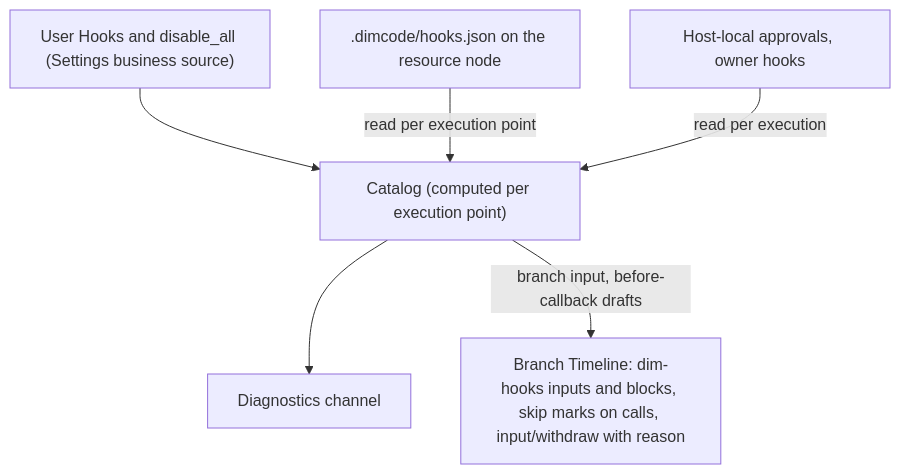
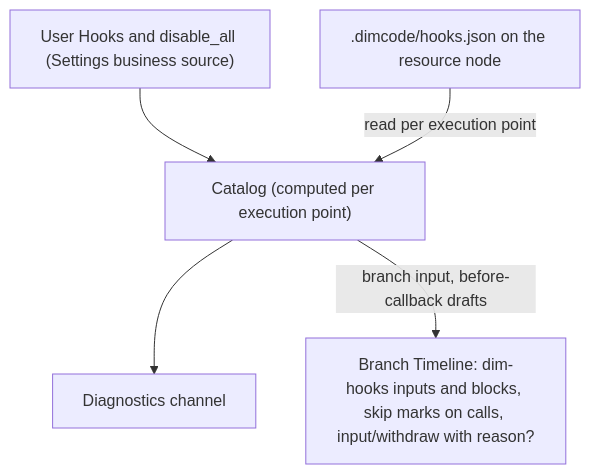
One commit to CoutinhoTTS/dim-agent changed the second of 7 diagrams in docs/design/plugins/Hooks.md. Above: the diagram before and after it, drawn with Mermaid. The commit also changed other lines of this file and 40 other files, not shown here.

First line of the commit message:
docs(design): event-driven Goal, no host-local approval, review fixes

````diff
--- a/docs/design/plugins/Hooks.md
+++ b/docs/design/plugins/Hooks.md
@@ -53,14 +53,12 @@
 ```mermaid
 flowchart TB
   UserCfg["User Hooks and disable_all (Settings business source)"]
   ProjFile[".dimcode/hooks.json on the resource node"]
-  Grants["Host-local approvals, owner hooks"]
   Catalog["Catalog (computed per execution point)"]
   Diag["Diagnostics channel"]
-  TL["Branch Timeline: dim-hooks inputs and blocks, skip marks on calls, input/withdraw with reason"]
+  TL["Branch Timeline: dim-hooks inputs and blocks, skip marks on calls, input/withdraw with reason?"]
   UserCfg --> Catalog
   ProjFile -->|"read per execution point"| Catalog
-  Grants -->|"read per execution"| Catalog
   Catalog --> Diag
   Catalog -->|"branch input, before-callback drafts"| TL
 ```
````
